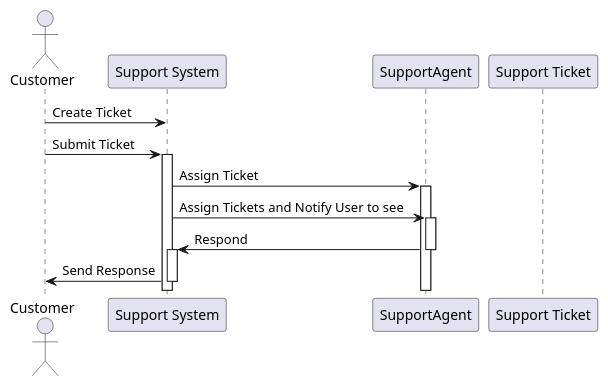
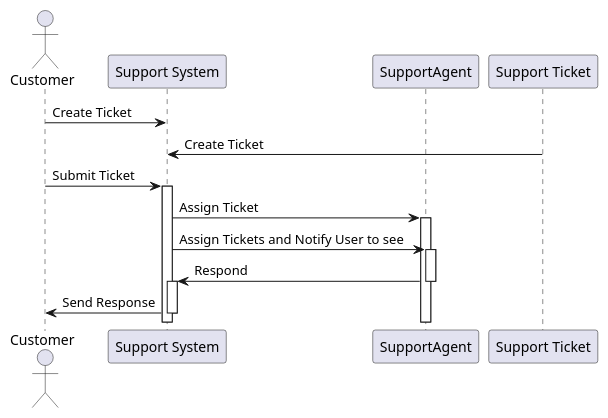
One commit to alladin7000/alladin7000.github.io changed the diagram in diagrams/s.puml. Above: the diagram before and after it, drawn with PlantUML.

```diff
--- a/diagrams/s.puml
+++ b/diagrams/s.puml
@@ -1,23 +1,23 @@
 @startuml
 actor Customer
 participant "Support System" as System
 participant "SupportAgent"
 participant "Support Ticket" as Ticket
 Customer -> System : Create Ticket
-
+Ticket -> System : Create Ticket
 Customer -> System : Submit Ticket
 activate System
 
 System -> SupportAgent : Assign Ticket
 activate SupportAgent
 
 System -> SupportAgent : Assign Tickets and Notify User to see 
 activate SupportAgent
 
 SupportAgent -> System : Respond
 deactivate SupportAgent
 activate System
 
 System -> Customer : Send Response
 deactivate System
 @enduml
```
